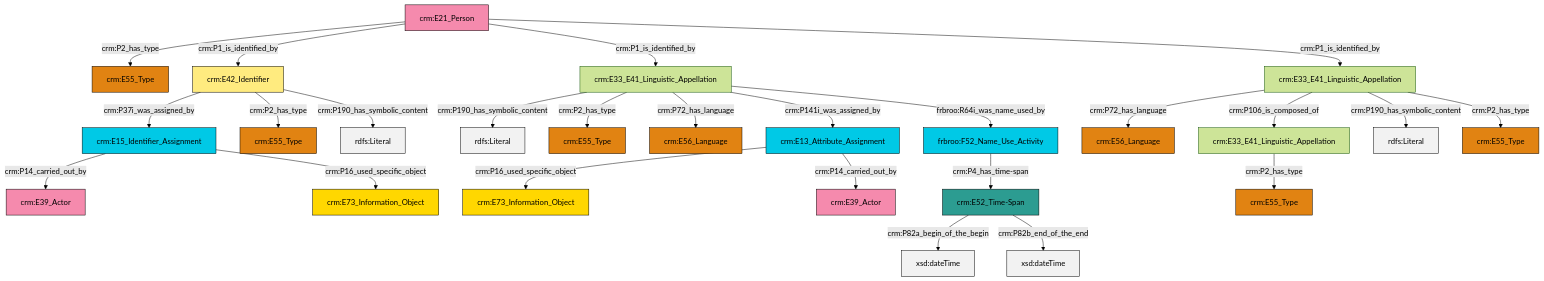
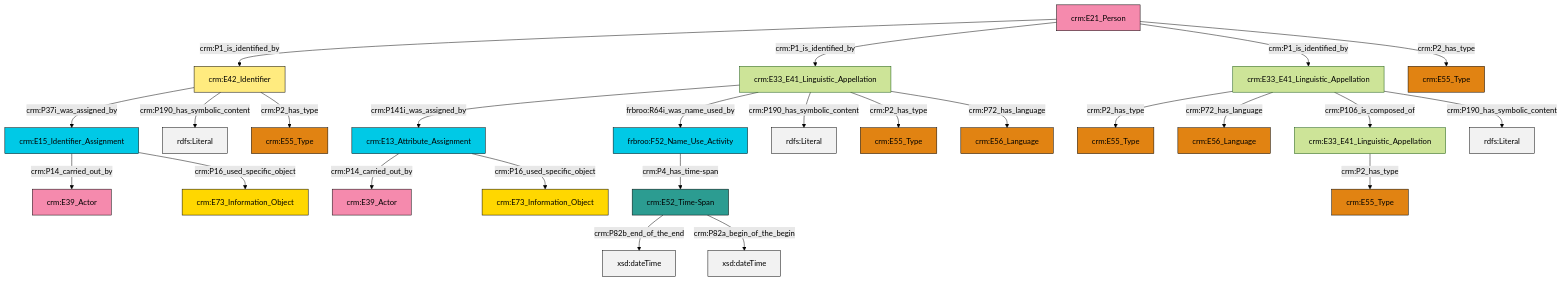
One commit to swiss-art-research-net/docs.swissartresearch changed the diagram in et/personCSV/ttl/mmd/Person_Names_and_Classification.ttl.mmd. Above: the diagram before and after it, drawn with Mermaid (forest theme). The commit also changed 179 other files, not shown here.

```diff
--- a/et/personCSV/ttl/mmd/Person_Names_and_Classification.ttl.mmd
+++ b/et/personCSV/ttl/mmd/Person_Names_and_Classification.ttl.mmd
@@ -1,39 +1,39 @@
 graph TD
 classDef Literal fill:#f2f2f2,stroke:#000000;
 classDef CRM_Entity fill:#FFFFFF,stroke:#000000;
 classDef Temporal_Entity fill:#00C9E6, stroke:#000000;
 classDef Type fill:#E18312, stroke:#000000;
 classDef Time-Span fill:#2C9C91, stroke:#000000;
 classDef Appellation fill:#FFEB7F, stroke:#000000;
 classDef Place fill:#008836, stroke:#000000;
 classDef Persistent_Item fill:#B266B2, stroke:#000000;
 classDef Conceptual_Object fill:#FFD700, stroke:#000000;
 classDef Physical_Thing fill:#D2B48C, stroke:#000000;
 classDef Actor fill:#f58aad, stroke:#000000;
 classDef PC_Classes fill:#4ce600, stroke:#000000;
 classDef Multi fill:#cccccc,stroke:#000000;
 
-0["crm:E33_E41_Linguistic_Appellation"]:::Default -->|crm:P72_has_language| 1["crm:E56_Language"]:::Type
-2["crm:E21_Person"]:::Actor -->|crm:P2_has_type| 3["crm:E55_Type"]:::Type
-4["crm:E15_Identifier_Assignment"]:::Temporal_Entity -->|crm:P14_carried_out_by| 5["crm:E39_Actor"]:::Actor
-0["crm:E33_E41_Linguistic_Appellation"]:::Default -->|crm:P106_is_composed_of| 10["crm:E33_E41_Linguistic_Appellation"]:::Default
-12["crm:E13_Attribute_Assignment"]:::Temporal_Entity -->|crm:P16_used_specific_object| 13["crm:E73_Information_Object"]:::Conceptual_Object
-2["crm:E21_Person"]:::Actor -->|crm:P1_is_identified_by| 15["crm:E42_Identifier"]:::Appellation
-4["crm:E15_Identifier_Assignment"]:::Temporal_Entity -->|crm:P16_used_specific_object| 22["crm:E73_Information_Object"]:::Conceptual_Object
-24["crm:E33_E41_Linguistic_Appellation"]:::Default -->|crm:P190_has_symbolic_content| 25[rdfs:Literal]:::Literal
-24["crm:E33_E41_Linguistic_Appellation"]:::Default -->|crm:P2_has_type| 16["crm:E55_Type"]:::Type
-2["crm:E21_Person"]:::Actor -->|crm:P1_is_identified_by| 24["crm:E33_E41_Linguistic_Appellation"]:::Default
-2["crm:E21_Person"]:::Actor -->|crm:P1_is_identified_by| 0["crm:E33_E41_Linguistic_Appellation"]:::Default
-0["crm:E33_E41_Linguistic_Appellation"]:::Default -->|crm:P190_has_symbolic_content| 29[rdfs:Literal]:::Literal
-15["crm:E42_Identifier"]:::Appellation -->|crm:P37i_was_assigned_by| 4["crm:E15_Identifier_Assignment"]:::Temporal_Entity
-0["crm:E33_E41_Linguistic_Appellation"]:::Default -->|crm:P2_has_type| 6["crm:E55_Type"]:::Type
-12["crm:E13_Attribute_Assignment"]:::Temporal_Entity -->|crm:P14_carried_out_by| 20["crm:E39_Actor"]:::Actor
-24["crm:E33_E41_Linguistic_Appellation"]:::Default -->|crm:P72_has_language| 36["crm:E56_Language"]:::Type
-15["crm:E42_Identifier"]:::Appellation -->|crm:P2_has_type| 8["crm:E55_Type"]:::Type
-15["crm:E42_Identifier"]:::Appellation -->|crm:P190_has_symbolic_content| 40[rdfs:Literal]:::Literal
-26["frbroo:F52_Name_Use_Activity"]:::Temporal_Entity -->|crm:P4_has_time-span| 41["crm:E52_Time-Span"]:::Time-Span
-10["crm:E33_E41_Linguistic_Appellation"]:::Default -->|crm:P2_has_type| 18["crm:E55_Type"]:::Type
-24["crm:E33_E41_Linguistic_Appellation"]:::Default -->|crm:P141i_was_assigned_by| 12["crm:E13_Attribute_Assignment"]:::Temporal_Entity
-41["crm:E52_Time-Span"]:::Time-Span -->|crm:P82a_begin_of_the_begin| 43[xsd:dateTime]:::Literal
-41["crm:E52_Time-Span"]:::Time-Span -->|crm:P82b_end_of_the_end| 45[xsd:dateTime]:::Literal
-24["crm:E33_E41_Linguistic_Appellation"]:::Default -->|frbroo:R64i_was_name_used_by| 26["frbroo:F52_Name_Use_Activity"]:::Temporal_Entity
+0["crm:E33_E41_Linguistic_Appellation"]:::Default -->|crm:P141i_was_assigned_by| 1["crm:E13_Attribute_Assignment"]:::Temporal_Entity
+10["crm:E15_Identifier_Assignment"]:::Temporal_Entity -->|crm:P14_carried_out_by| 11["crm:E39_Actor"]:::Actor
+0["crm:E33_E41_Linguistic_Appellation"]:::Default -->|frbroo:R64i_was_name_used_by| 12["frbroo:F52_Name_Use_Activity"]:::Temporal_Entity
+0["crm:E33_E41_Linguistic_Appellation"]:::Default -->|crm:P190_has_symbolic_content| 22[rdfs:Literal]:::Literal
+15["crm:E33_E41_Linguistic_Appellation"]:::Default -->|crm:P2_has_type| 13["crm:E55_Type"]:::Type
+2["crm:E33_E41_Linguistic_Appellation"]:::Default -->|crm:P2_has_type| 20["crm:E55_Type"]:::Type
+26["crm:E52_Time-Span"]:::Time-Span -->|crm:P82b_end_of_the_end| 30[xsd:dateTime]:::Literal
+28["crm:E42_Identifier"]:::Appellation -->|crm:P37i_was_assigned_by| 10["crm:E15_Identifier_Assignment"]:::Temporal_Entity
+28["crm:E42_Identifier"]:::Appellation -->|crm:P190_has_symbolic_content| 32[rdfs:Literal]:::Literal
+28["crm:E42_Identifier"]:::Appellation -->|crm:P2_has_type| 33["crm:E55_Type"]:::Type
+1["crm:E13_Attribute_Assignment"]:::Temporal_Entity -->|crm:P14_carried_out_by| 34["crm:E39_Actor"]:::Actor
+1["crm:E13_Attribute_Assignment"]:::Temporal_Entity -->|crm:P16_used_specific_object| 17["crm:E73_Information_Object"]:::Conceptual_Object
+26["crm:E52_Time-Span"]:::Time-Span -->|crm:P82a_begin_of_the_begin| 36[xsd:dateTime]:::Literal
+37["crm:E21_Person"]:::Actor -->|crm:P1_is_identified_by| 28["crm:E42_Identifier"]:::Appellation
+10["crm:E15_Identifier_Assignment"]:::Temporal_Entity -->|crm:P16_used_specific_object| 8["crm:E73_Information_Object"]:::Conceptual_Object
+15["crm:E33_E41_Linguistic_Appellation"]:::Default -->|crm:P72_has_language| 24["crm:E56_Language"]:::Type
+37["crm:E21_Person"]:::Actor -->|crm:P1_is_identified_by| 0["crm:E33_E41_Linguistic_Appellation"]:::Default
+0["crm:E33_E41_Linguistic_Appellation"]:::Default -->|crm:P2_has_type| 41["crm:E55_Type"]:::Type
+12["frbroo:F52_Name_Use_Activity"]:::Temporal_Entity -->|crm:P4_has_time-span| 26["crm:E52_Time-Span"]:::Time-Span
+0["crm:E33_E41_Linguistic_Appellation"]:::Default -->|crm:P72_has_language| 6["crm:E56_Language"]:::Type
+37["crm:E21_Person"]:::Actor -->|crm:P1_is_identified_by| 15["crm:E33_E41_Linguistic_Appellation"]:::Default
+37["crm:E21_Person"]:::Actor -->|crm:P2_has_type| 4["crm:E55_Type"]:::Type
+15["crm:E33_E41_Linguistic_Appellation"]:::Default -->|crm:P106_is_composed_of| 2["crm:E33_E41_Linguistic_Appellation"]:::Default
+15["crm:E33_E41_Linguistic_Appellation"]:::Default -->|crm:P190_has_symbolic_content| 46[rdfs:Literal]:::Literal
```
